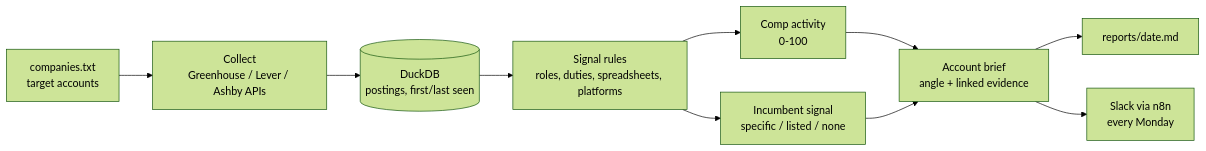
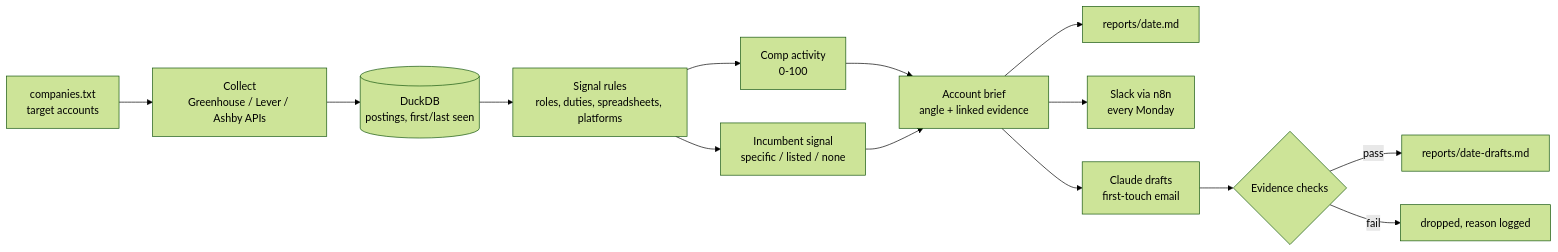
The diagram in README.md (Abitha-Rao/compsignal), drawn with Mermaid (forest theme) before and after one commit. The commit also changed other lines of this file and 4 other files, not shown here.

First line of the commit message:
Add Claude first-touch drafts with evidence checks

````diff
--- a/README.md
+++ b/README.md
@@ -30,12 +30,16 @@
 ```mermaid
 flowchart LR
     A[companies.txt<br/>target accounts] --> B[Collect<br/>Greenhouse / Lever / Ashby APIs]
     B --> C[(DuckDB<br/>postings, first/last seen)]
     C --> D[Signal rules<br/>roles, duties, spreadsheets, platforms]
     D --> E1[Comp activity<br/>0-100]
     D --> E2[Incumbent signal<br/>specific / listed / none]
     E1 --> F[Account brief<br/>angle + linked evidence]
     E2 --> F
     F --> G[reports/date.md]
     F --> H[Slack via n8n<br/>every Monday]
+    F --> I[Claude drafts<br/>first-touch email]
+    I --> J{Evidence checks}
+    J -->|pass| K[reports/date-drafts.md]
+    J -->|fail| L[dropped, reason logged]
 ```
````
